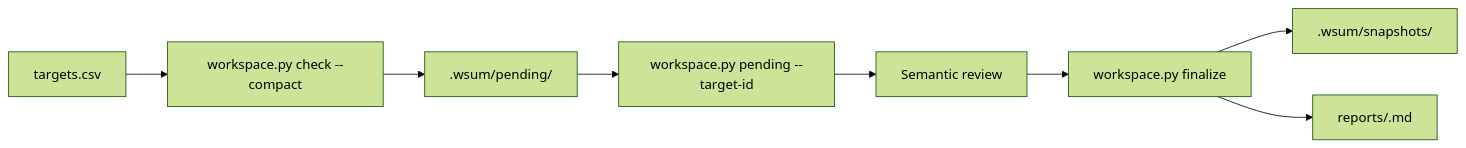
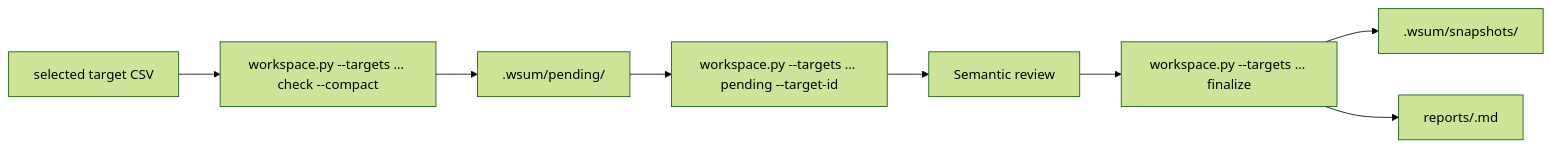
The first of 2 diagrams in skills/web-update-monitor/SKILL.md (dceoy/wsum), drawn with Mermaid (forest theme) before and after one commit. The commit also changed other lines of this file and 7 other files, not shown here.

Commit message:
Make target CSV input explicit (#55)

````diff
--- a/skills/web-update-monitor/SKILL.md
+++ b/skills/web-update-monitor/SKILL.md
@@ -20,10 +20,10 @@
 ```mermaid
 flowchart LR
-    A["targets.csv"] --> B["workspace.py check --compact"]
+    A["selected target CSV"] --> B["workspace.py --targets … check --compact"]
     B --> C[".wsum/pending/<target-id>"]
-    C --> D["workspace.py pending --target-id"]
+    C --> D["workspace.py --targets … pending --target-id"]
     D --> E["Semantic review"]
-    E --> F["workspace.py finalize"]
+    E --> F["workspace.py --targets … finalize"]
     F --> G[".wsum/snapshots/"]
     F --> H["reports/<run-id>.md"]
 ```
````
